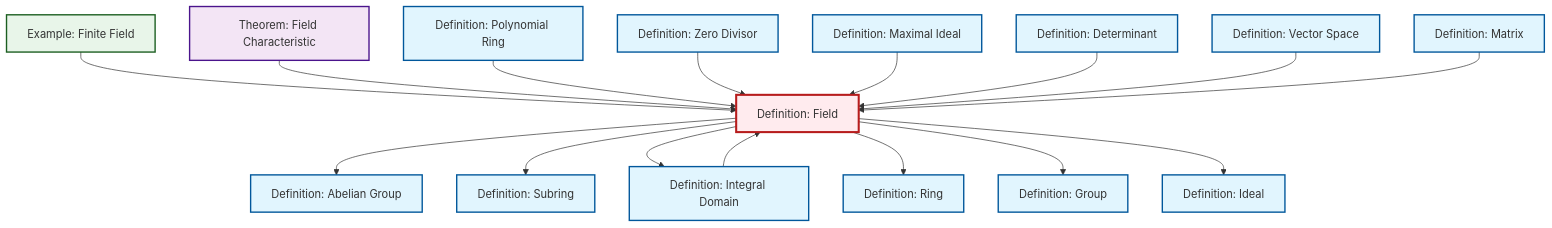
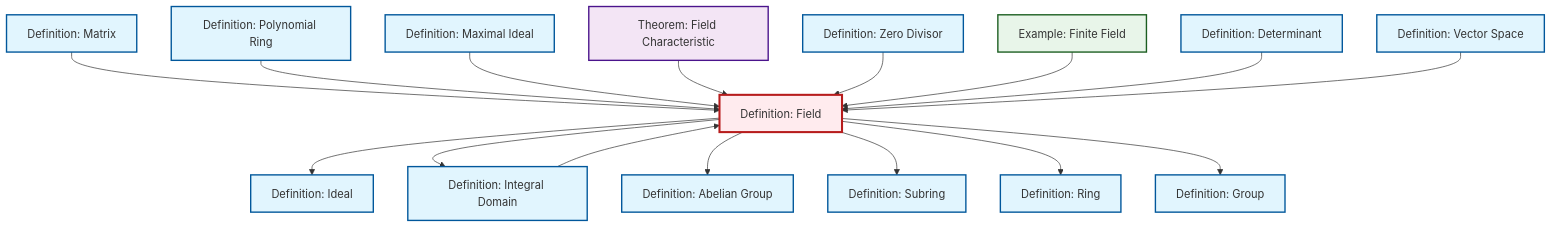
Before and after one commit to RK0429/ModernMath: the diagram in content/en/algebra/def-field.qmd, drawn with Mermaid. The commit also changed other lines of this file and 1069 other files, not shown here.

````diff
--- a/content/en/algebra/def-field.qmd
+++ b/content/en/algebra/def-field.qmd
@@ -56,54 +56,54 @@
 ```{mermaid}
 %%| fig-cap: "Local dependency graph"
 graph TD
     classDef definition fill:#e1f5fe,stroke:#01579b,stroke-width:2px
     classDef theorem fill:#f3e5f5,stroke:#4a148c,stroke-width:2px
     classDef axiom fill:#fff3e0,stroke:#e65100,stroke-width:2px
     classDef example fill:#e8f5e9,stroke:#1b5e20,stroke-width:2px
     classDef current fill:#ffebee,stroke:#b71c1c,stroke-width:3px
+    def-zero-divisor["Definition: Zero Divisor"]:::definition
+    def-determinant["Definition: Determinant"]:::definition
+    def-ideal["Definition: Ideal"]:::definition
+    def-maximal-ideal["Definition: Maximal Ideal"]:::definition
     def-polynomial-ring["Definition: Polynomial Ring"]:::definition
-    def-maximal-ideal["Definition: Maximal Ideal"]:::definition
+    def-vector-space["Definition: Vector Space"]:::definition
     def-field["Definition: Field"]:::definition
+    def-matrix["Definition: Matrix"]:::definition
+    def-integral-domain["Definition: Integral Domain"]:::definition
+    def-ring["Definition: Ring"]:::definition
+    def-abelian-group["Definition: Abelian Group"]:::definition
+    thm-field-characteristic["Theorem: Field Characteristic"]:::theorem
+    ex-finite-field["Example: Finite Field"]:::example
+    def-subring["Definition: Subring"]:::definition
     def-group["Definition: Group"]:::definition
-    def-determinant["Definition: Determinant"]:::definition
-    def-matrix["Definition: Matrix"]:::definition
-    def-ring["Definition: Ring"]:::definition
-    def-ideal["Definition: Ideal"]:::definition
-    thm-field-characteristic["Theorem: Field Characteristic"]:::theorem
-    def-zero-divisor["Definition: Zero Divisor"]:::definition
-    def-integral-domain["Definition: Integral Domain"]:::definition
-    def-subring["Definition: Subring"]:::definition
-    ex-finite-field["Example: Finite Field"]:::example
-    def-abelian-group["Definition: Abelian Group"]:::definition
-    def-vector-space["Definition: Vector Space"]:::definition
+    def-field --> def-ideal
+    def-field --> def-integral-domain
+    def-matrix --> def-field
+    def-polynomial-ring --> def-field
     def-field --> def-abelian-group
+    def-maximal-ideal --> def-field
+    thm-field-characteristic --> def-field
+    def-zero-divisor --> def-field
+    ex-finite-field --> def-field
     def-field --> def-subring
-    ex-finite-field --> def-field
-    thm-field-characteristic --> def-field
-    def-polynomial-ring --> def-field
-    def-zero-divisor --> def-field
-    def-maximal-ideal --> def-field
-    def-field --> def-integral-domain
+    def-integral-domain --> def-field
     def-determinant --> def-field
     def-vector-space --> def-field
-    def-integral-domain --> def-field
     def-field --> def-ring
     def-field --> def-group
-    def-field --> def-ideal
-    def-matrix --> def-field
     class def-field current
+    click def-zero-divisor "def-zero-divisor.html" "Go to Zero Divisor definition"
+    click def-determinant "def-determinant.html" "Go to Determinant definition"
+    click def-ideal "def-ideal.html" "Go to Ideal definition"
+    click def-maximal-ideal "def-maximal-ideal.html" "Go to Maximal Ideal definition"
     click def-polynomial-ring "def-polynomial-ring.html" "Go to Polynomial Ring definition"
-    click def-maximal-ideal "def-maximal-ideal.html" "Go to Maximal Ideal definition"
+    click def-vector-space "def-vector-space.html" "Go to Vector Space definition"
+    click def-matrix "def-matrix.html" "Go to Matrix definition"
+    click def-integral-domain "def-integral-domain.html" "Go to Integral Domain definition"
+    click def-ring "def-ring.html" "Go to Ring definition"
+    click def-abelian-group "def-abelian-group.html" "Go to Abelian Group definition"
+    click thm-field-characteristic "thm-field-characteristic.html" "Go to Field Characteristic theorem"
+    click ex-finite-field "ex-finite-field.html" "Go to Finite Field example"
+    click def-subring "def-subring.html" "Go to Subring definition"
     click def-group "def-group.html" "Go to Group definition"
-    click def-determinant "def-determinant.html" "Go to Determinant definition"
-    click def-matrix "def-matrix.html" "Go to Matrix definition"
-    click def-ring "def-ring.html" "Go to Ring definition"
-    click def-ideal "def-ideal.html" "Go to Ideal definition"
-    click thm-field-characteristic "thm-field-characteristic.html" "Go to Field Characteristic theorem"
-    click def-zero-divisor "def-zero-divisor.html" "Go to Zero Divisor definition"
-    click def-integral-domain "def-integral-domain.html" "Go to Integral Domain definition"
-    click def-subring "def-subring.html" "Go to Subring definition"
-    click ex-finite-field "ex-finite-field.html" "Go to Finite Field example"
-    click def-abelian-group "def-abelian-group.html" "Go to Abelian Group definition"
-    click def-vector-space "def-vector-space.html" "Go to Vector Space definition"
 ```
````
